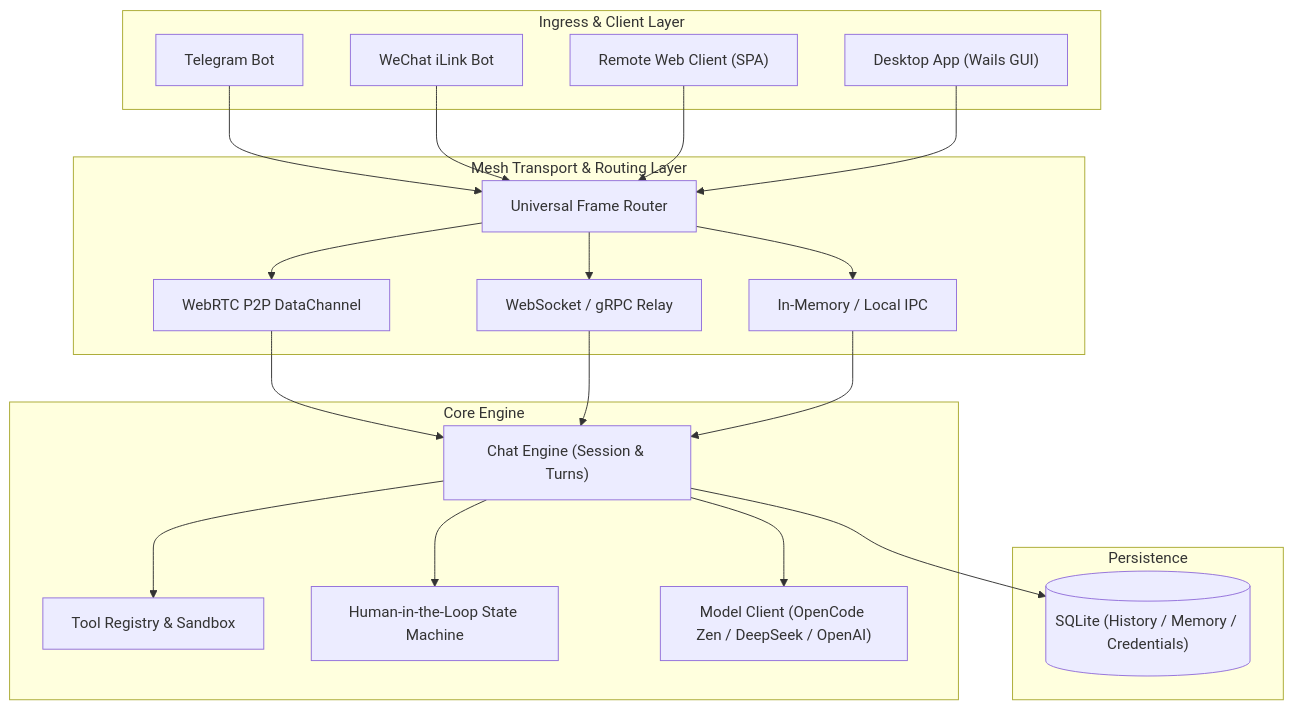
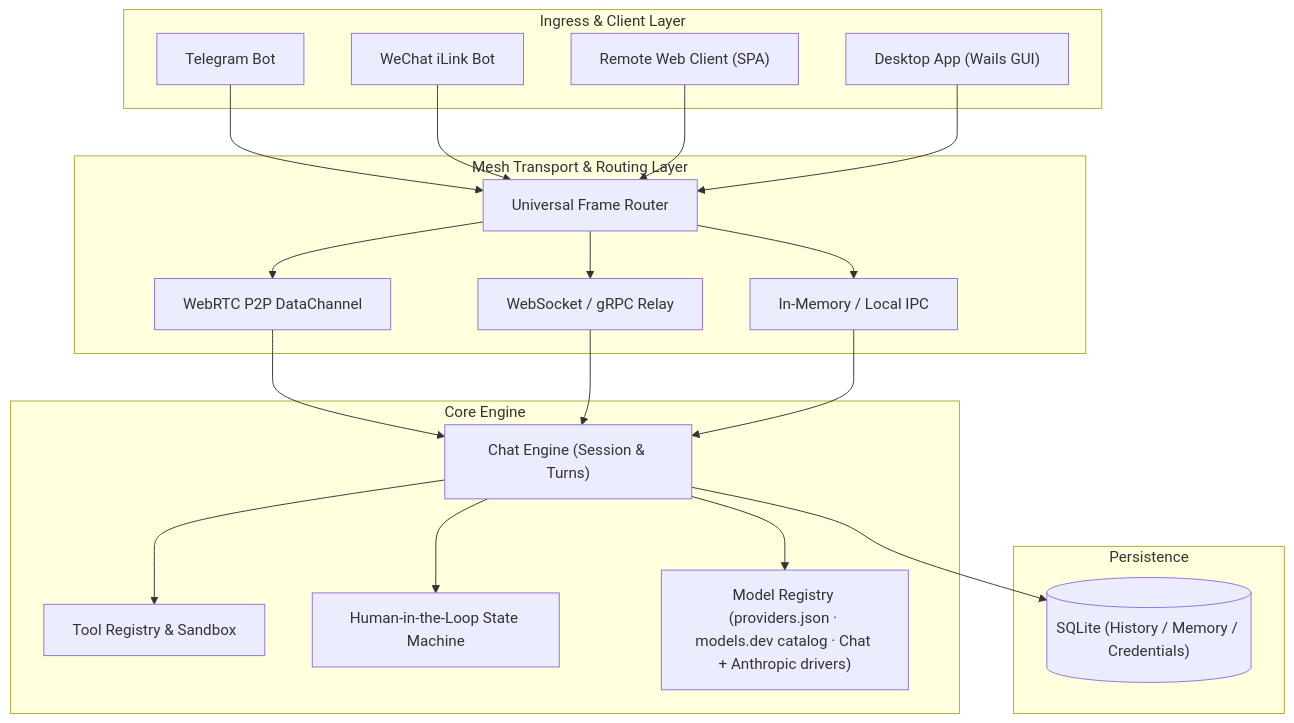
Before and after one commit to fdkevin0/mob: the first of 3 diagrams in docs/product-specification.md, drawn with Mermaid. The commit also changed other lines of this file and 67 other files, not shown here.

First line of the commit message:
feat(models): multiple providers, models.dev catalog and /model switching

````diff
--- a/docs/product-specification.md
+++ b/docs/product-specification.md
@@ -24,45 +24,45 @@
 ```mermaid
 graph TD
     subgraph Ingress["Ingress & Client Layer"]
         TG["Telegram Bot"]
         WX["WeChat iLink Bot"]
         WebSPA["Remote Web Client (SPA)"]
         DesktopUI["Desktop App (Wails GUI)"]
     end
 
     subgraph Mesh["Mesh Transport & Routing Layer"]
         Router["Universal Frame Router"]
         P2P["WebRTC P2P DataChannel"]
         Relay["WebSocket / gRPC Relay"]
         IPC["In-Memory / Local IPC"]
     end
 
     subgraph Core["Core Engine"]
         ChatEngine["Chat Engine (Session & Turns)"]
         ToolRegistry["Tool Registry & Sandbox"]
         ApprovalManager["Human-in-the-Loop State Machine"]
-        Provider["Model Client (OpenCode Zen / DeepSeek / OpenAI)"]
+        Provider["Model Registry (providers.json · models.dev catalog · Chat + Anthropic drivers)"]
     end
 
     subgraph Storage["Persistence"]
         SQLite[("SQLite (History / Memory / Credentials)")]
     end
 
     TG --> Router
     WX --> Router
     WebSPA --> Router
     DesktopUI --> Router
 
     Router --> P2P
     Router --> Relay
     Router --> IPC
 
     P2P --> ChatEngine
     Relay --> ChatEngine
     IPC --> ChatEngine
 
     ChatEngine --> ToolRegistry
     ChatEngine --> ApprovalManager
     ChatEngine --> Provider
     ChatEngine --> SQLite
 ```
````
